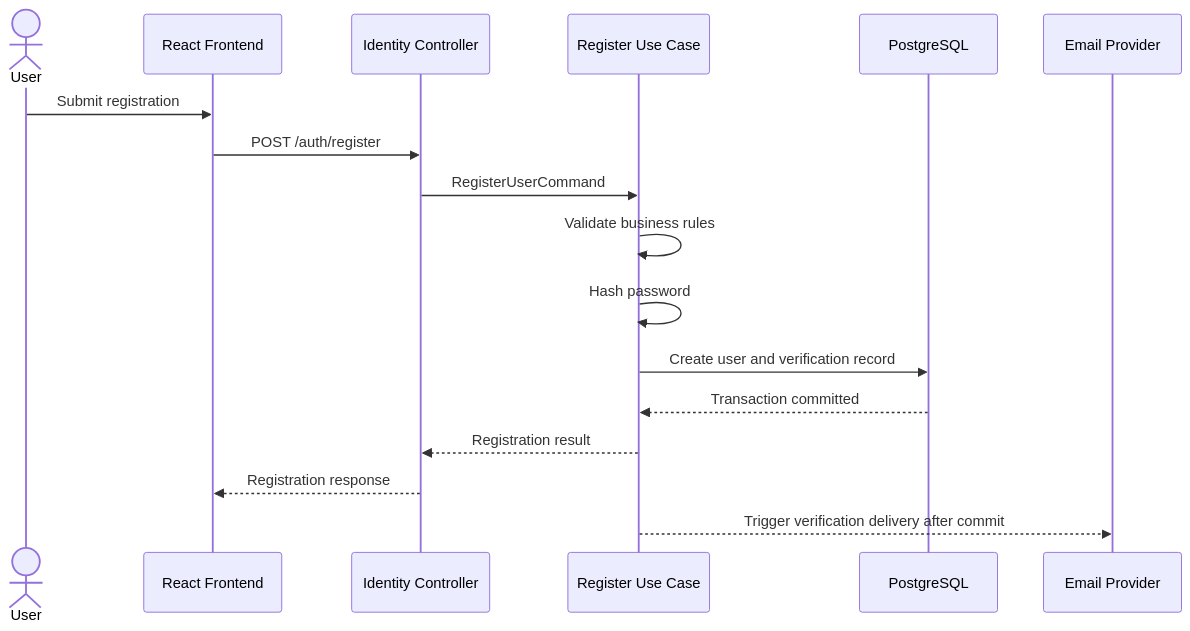
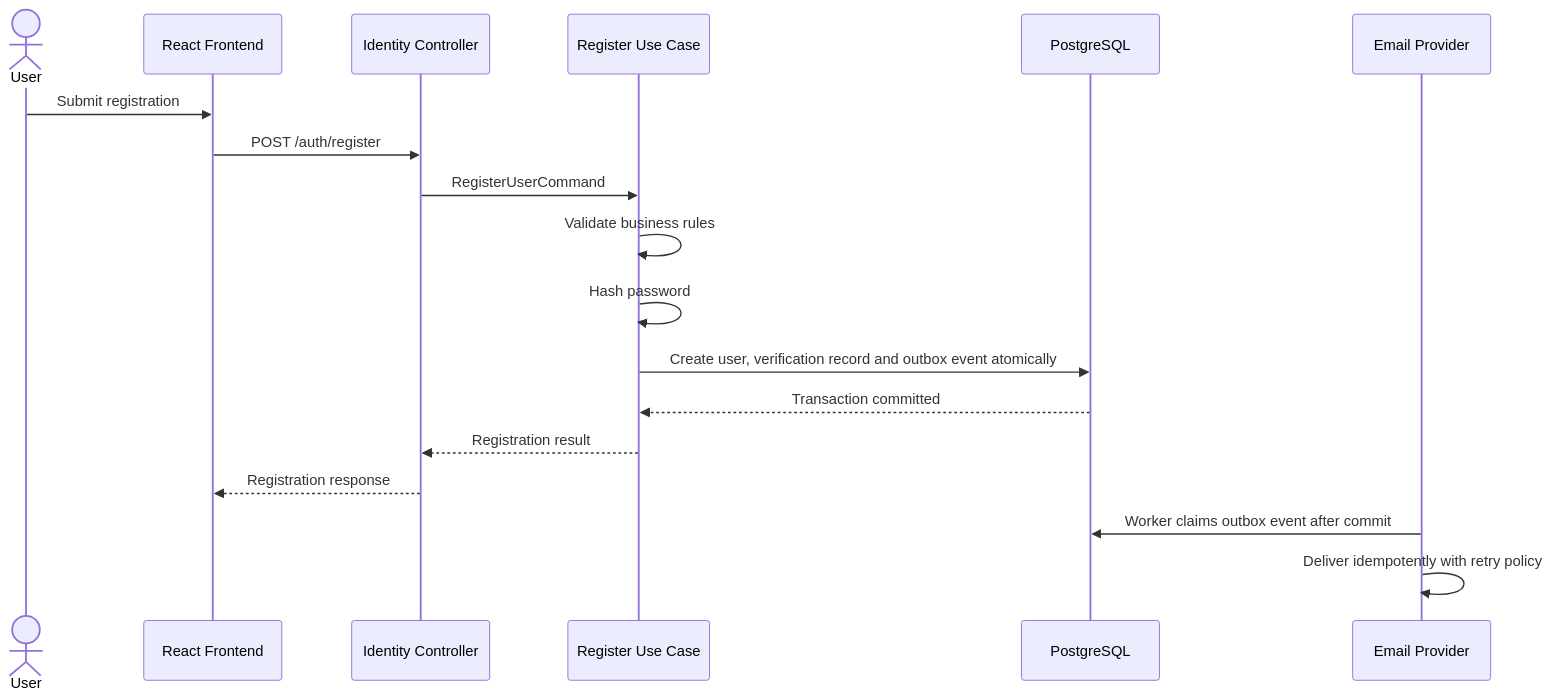
Before and after one commit to apsar43/workSphere: the ninth of 17 diagrams in docs/architecture/system-design.md, drawn with Mermaid. The commit also changed other lines of this file and 18 other files, not shown here.

Commit message:
added adr and finalized architecture

````diff
--- a/docs/architecture/system-design.md
+++ b/docs/architecture/system-design.md
@@ -950,20 +965,21 @@
 ```mermaid
 sequenceDiagram
     actor User
     participant FE as React Frontend
     participant API as Identity Controller
     participant UC as Register Use Case
     participant DB as PostgreSQL
     participant EMAIL as Email Provider
 
     User->>FE: Submit registration
     FE->>API: POST /auth/register
     API->>UC: RegisterUserCommand
     UC->>UC: Validate business rules
     UC->>UC: Hash password
-    UC->>DB: Create user and verification record
+    UC->>DB: Create user, verification record and outbox event atomically
     DB-->>UC: Transaction committed
     UC-->>API: Registration result
     API-->>FE: Registration response
-    UC-->>EMAIL: Trigger verification delivery after commit
+    EMAIL->>DB: Worker claims outbox event after commit
+    EMAIL->>EMAIL: Deliver idempotently with retry policy
 ```
````
